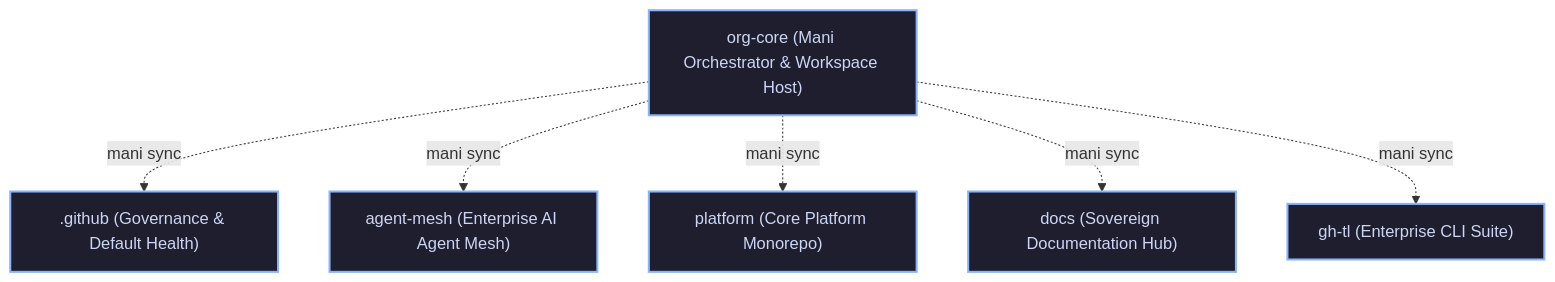
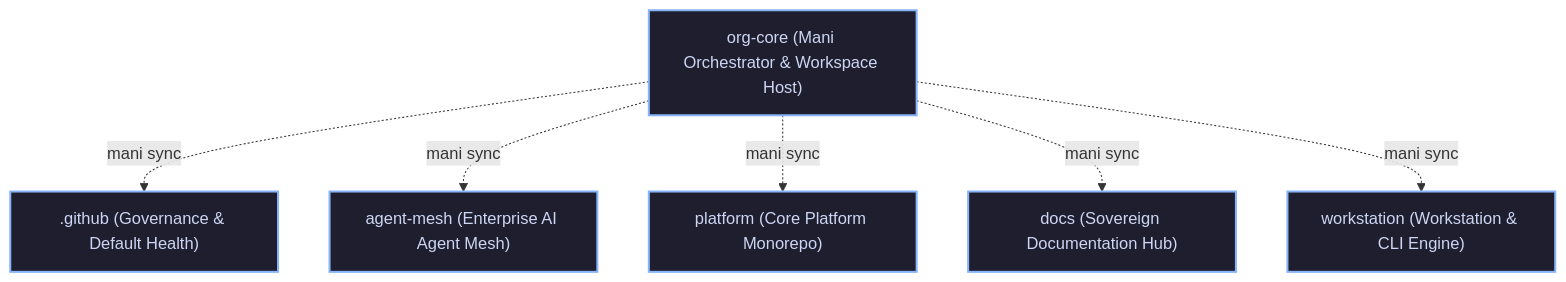
One commit to tupynambalucas-dev/org-core changed the first of 2 diagrams in README.md. Above: the diagram before and after it, drawn with Mermaid. The commit also changed other lines of this file and 6 other files, not shown here.

Commit message:
chore(mani): rename gh-tl project to workstation

````diff
--- a/README.md
+++ b/README.md
@@ -11,15 +11,15 @@
 ```mermaid
 graph TD
   direction TB
 
   Host["org-core (Mani Orchestrator & Workspace Host)"]
 
   Host -. "mani sync" .-> Repo1[".github (Governance & Default Health)"]
   Host -. "mani sync" .-> Repo2["agent-mesh (Enterprise AI Agent Mesh)"]
   Host -. "mani sync" .-> Repo3["platform (Core Platform Monorepo)"]
   Host -. "mani sync" .-> Repo4["docs (Sovereign Documentation Hub)"]
-  Host -. "mani sync" .-> Repo5["gh-tl (Enterprise CLI Suite)"]
+  Host -. "mani sync" .-> Repo5["workstation (Workstation & CLI Engine)"]
 
   classDef repo fill:#1e1e2e,stroke:#89b4fa,stroke-width:2px,color:#cdd6f4;
   class Host,Repo1,Repo2,Repo3,Repo4,Repo5 repo;
 ```
````
